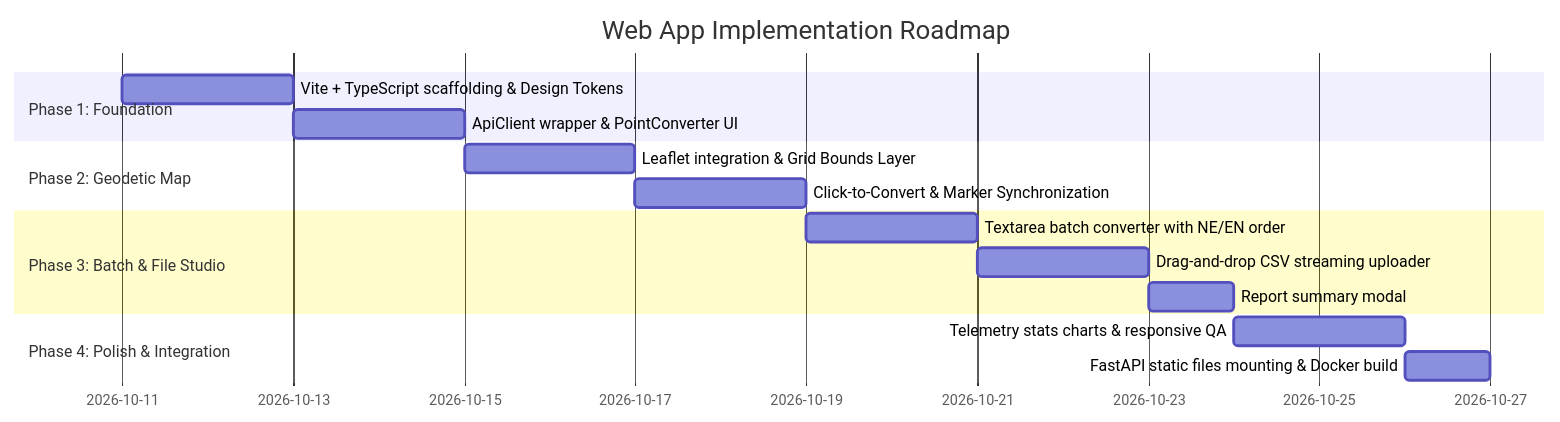
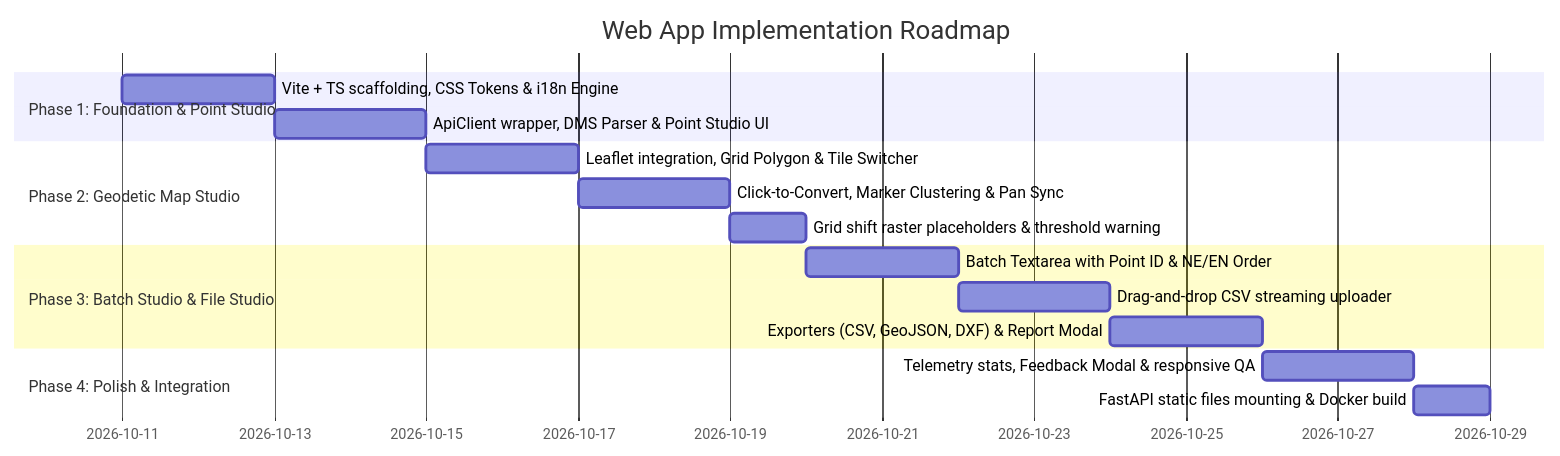
One commit to bogdanmorosanu/PyTransDatRO changed the third of 3 diagrams in specs/web_app.md. Above: the diagram before and after it, drawn with Mermaid. The commit also changed other lines of this file and 45 other files, not shown here.

````diff
--- a/specs/web_app.md
+++ b/specs/web_app.md
@@ -246,21 +335,22 @@
 ```mermaid
 gantt
     title Web App Implementation Roadmap
     dateFormat  YYYY-MM-DD
-    section Phase 1: Foundation
-    Vite + TypeScript scaffolding & Design Tokens    :w1_1, 2026-10-11, 2d
-    ApiClient wrapper & PointConverter UI           :w1_2, after w1_1, 2d
+    section Phase 1: Foundation & Point Studio
+    Vite + TS scaffolding, CSS Tokens & i18n Engine   :w1_1, 2026-10-11, 2d
+    ApiClient wrapper, DMS Parser & Point Studio UI   :w1_2, after w1_1, 2d
 
-    section Phase 2: Geodetic Map
-    Leaflet integration & Grid Bounds Layer         :w2_1, after w1_2, 2d
-    Click-to-Convert & Marker Synchronization       :w2_2, after w2_1, 2d
+    section Phase 2: Geodetic Map Studio
+    Leaflet integration, Grid Polygon & Tile Switcher :w2_1, after w1_2, 2d
+    Click-to-Convert, Marker Clustering & Pan Sync    :w2_2, after w2_1, 2d
+    Grid shift raster placeholders & threshold warning:w2_3, after w2_2, 1d
 
-    section Phase 3: Batch & File Studio
-    Textarea batch converter with NE/EN order       :w3_1, after w2_2, 2d
-    Drag-and-drop CSV streaming uploader            :w3_2, after w3_1, 2d
-    Report summary modal                            :w3_3, after w3_2, 1d
+    section Phase 3: Batch Studio & File Studio
+    Batch Textarea with Point ID & NE/EN Order        :w3_1, after w2_3, 2d
+    Drag-and-drop CSV streaming uploader              :w3_2, after w3_1, 2d
+    Exporters (CSV, GeoJSON, DXF) & Report Modal      :w3_3, after w3_2, 2d
 
     section Phase 4: Polish & Integration
-    Telemetry stats charts & responsive QA          :w4_1, after w3_3, 2d
-    FastAPI static files mounting & Docker build    :w4_2, after w4_1, 1d
+    Telemetry stats, Feedback Modal & responsive QA   :w4_1, after w3_3, 2d
+    FastAPI static files mounting & Docker build      :w4_2, after w4_1, 1d
 ```
````
